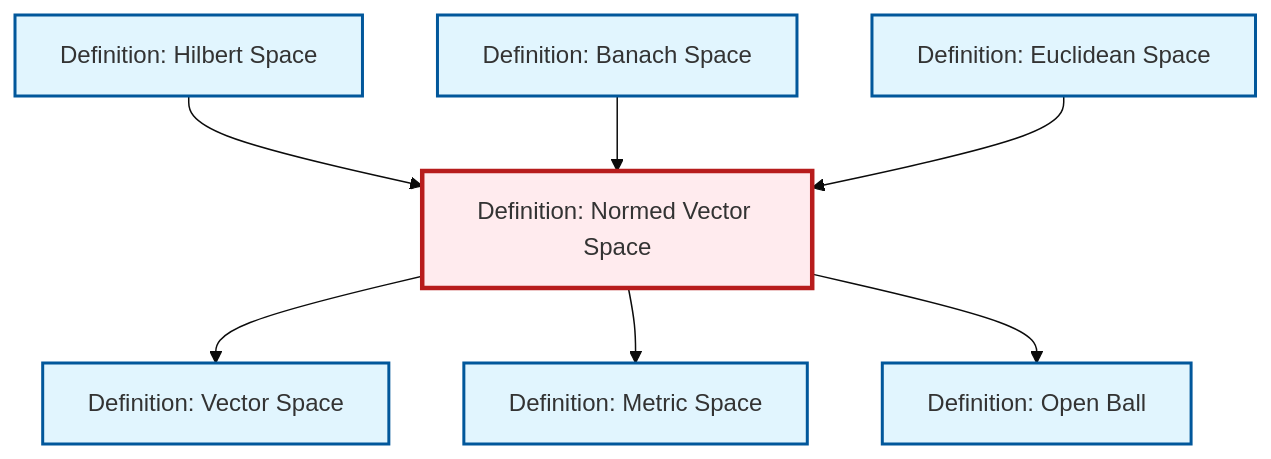
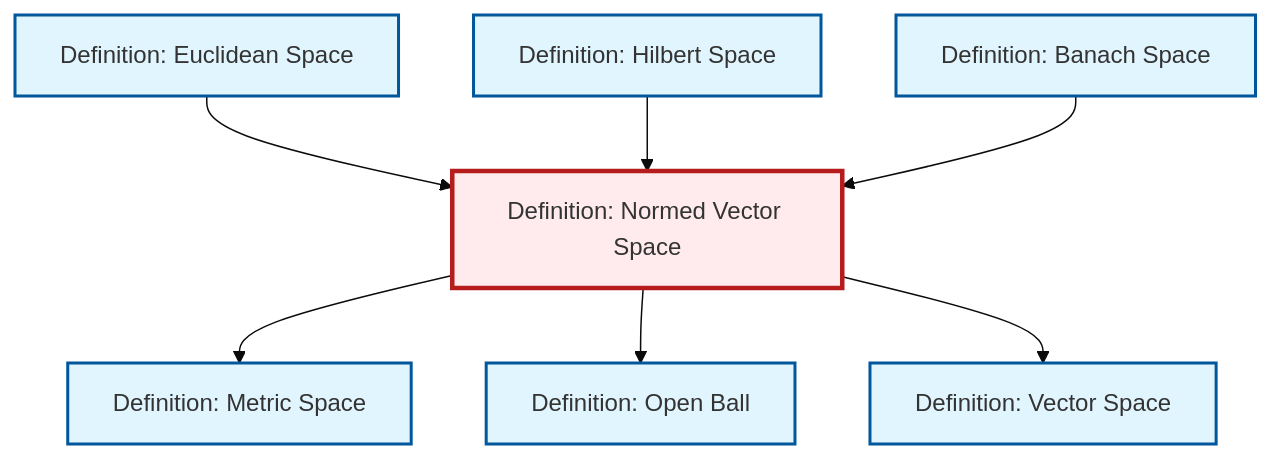
Before and after one commit to RK0429/ModernMath: the diagram in content/en/analysis/def-normed-vector-space.qmd, drawn with Mermaid (base theme). The commit also changed other lines of this file and 1012 other files, not shown here.

````diff
--- a/content/en/analysis/def-normed-vector-space.qmd
+++ b/content/en/analysis/def-normed-vector-space.qmd
@@ -132,29 +132,29 @@
 ```{mermaid}
 %%| fig-cap: "Local dependency graph"
 graph TD
     classDef definition fill:#e1f5fe,stroke:#01579b,stroke-width:2px
     classDef theorem fill:#f3e5f5,stroke:#4a148c,stroke-width:2px
     classDef axiom fill:#fff3e0,stroke:#e65100,stroke-width:2px
     classDef example fill:#e8f5e9,stroke:#1b5e20,stroke-width:2px
     classDef current fill:#ffebee,stroke:#b71c1c,stroke-width:3px
+    def-vector-space["Definition: Vector Space"]:::definition
     def-banach-space["Definition: Banach Space"]:::definition
-    def-vector-space["Definition: Vector Space"]:::definition
-    def-normed-vector-space["Definition: Normed Vector Space"]:::definition
+    def-euclidean-space["Definition: Euclidean Space"]:::definition
+    def-open-ball["Definition: Open Ball"]:::definition
     def-metric-space["Definition: Metric Space"]:::definition
     def-hilbert-space["Definition: Hilbert Space"]:::definition
-    def-open-ball["Definition: Open Ball"]:::definition
-    def-euclidean-space["Definition: Euclidean Space"]:::definition
+    def-normed-vector-space["Definition: Normed Vector Space"]:::definition
+    def-normed-vector-space --> def-metric-space
+    def-normed-vector-space --> def-open-ball
+    def-euclidean-space --> def-normed-vector-space
     def-hilbert-space --> def-normed-vector-space
     def-normed-vector-space --> def-vector-space
     def-banach-space --> def-normed-vector-space
-    def-normed-vector-space --> def-metric-space
-    def-euclidean-space --> def-normed-vector-space
-    def-normed-vector-space --> def-open-ball
     class def-normed-vector-space current
+    click def-vector-space "def-vector-space.html" "Go to Vector Space definition"
     click def-banach-space "def-banach-space.html" "Go to Banach Space definition"
-    click def-vector-space "def-vector-space.html" "Go to Vector Space definition"
+    click def-euclidean-space "def-euclidean-space.html" "Go to Euclidean Space definition"
+    click def-open-ball "def-open-ball.html" "Go to Open Ball definition"
     click def-metric-space "def-metric-space.html" "Go to Metric Space definition"
     click def-hilbert-space "def-hilbert-space.html" "Go to Hilbert Space definition"
-    click def-open-ball "def-open-ball.html" "Go to Open Ball definition"
-    click def-euclidean-space "def-euclidean-space.html" "Go to Euclidean Space definition"
 ```
````
